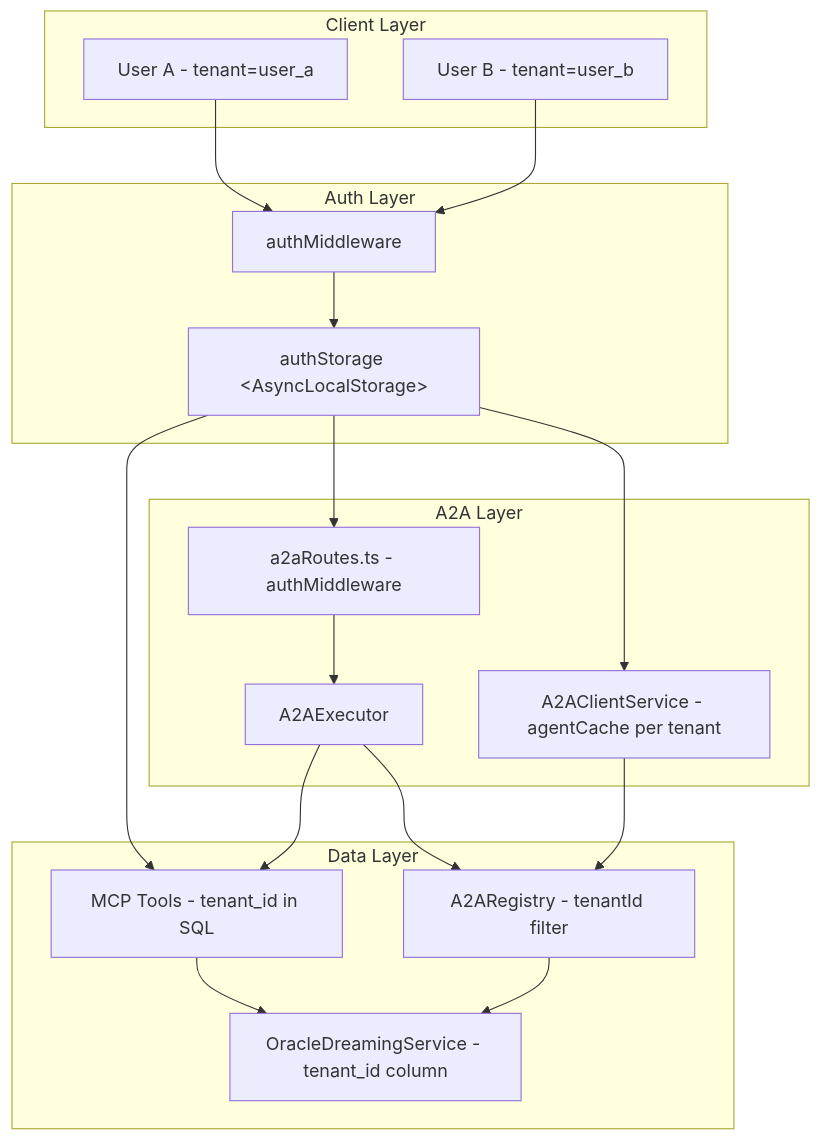
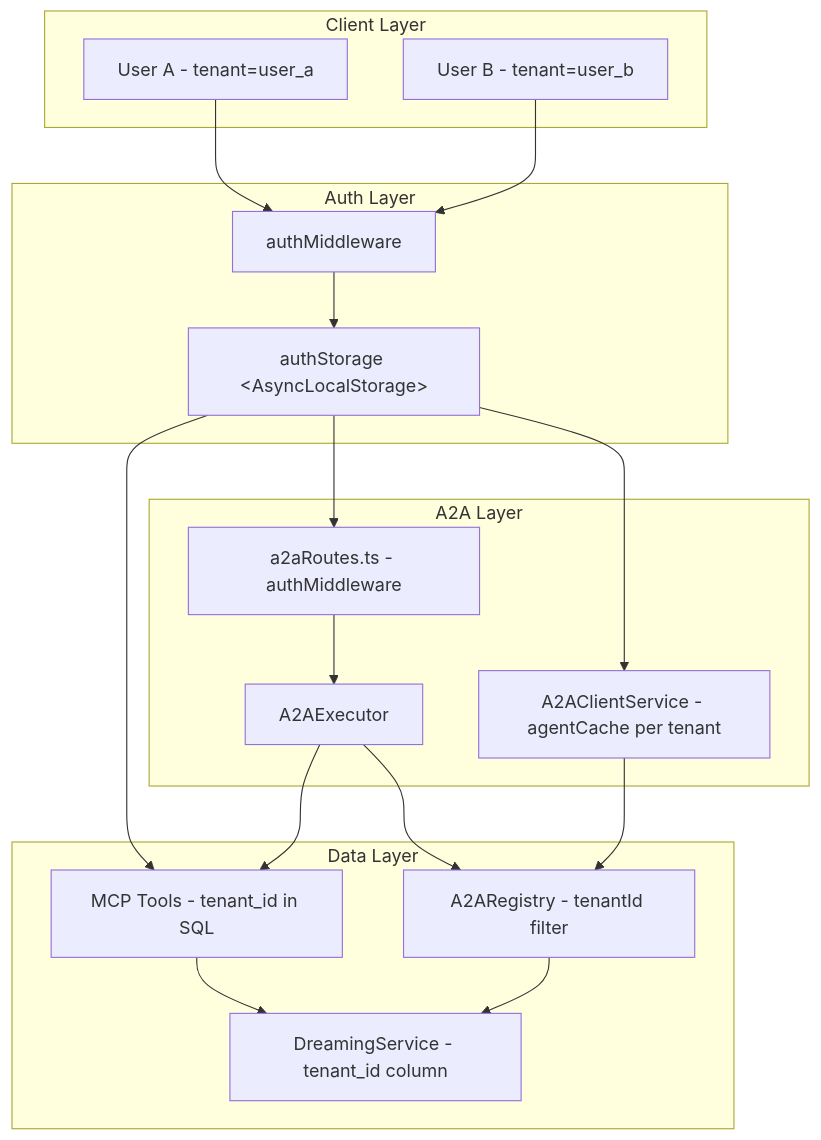
Before and after one commit to giauphan/codeatlas-platform: the sixth of 10 diagrams in docs/a2a-flow.md, drawn with Mermaid. The commit also changed other lines of this file and 79 other files, not shown here.

````diff
--- a/docs/a2a-flow.md
+++ b/docs/a2a-flow.md
@@ -126,37 +126,37 @@
 ```mermaid
 graph TD
     subgraph "Client Layer"
         A1[User A - tenant=user_a]
         A2[User B - tenant=user_b]
     end
 
     subgraph "Auth Layer"
         AM[authMiddleware]
         AS[authStorage &lt;AsyncLocalStorage&gt;]
     end
 
     subgraph "A2A Layer"
         AR[a2aRoutes.ts - authMiddleware]
         AE[A2AExecutor]
         ACS[A2AClientService - agentCache per tenant]
     end
 
     subgraph "Data Layer"
         REG[A2ARegistry - tenantId filter]
-        MEMORY[OracleDreamingService - tenant_id column]
+        MEMORY[DreamingService - tenant_id column]
         MCP[MCP Tools - tenant_id in SQL]
     end
 
     A1 --> AM
     A2 --> AM
     AM --> AS
     AS --> AR
     AS --> ACS
     AS --> MCP
     AR --> AE
     AE --> MCP
     AE --> REG
     ACS --> REG
     MCP --> MEMORY
     REG --> MEMORY
 ```
````
